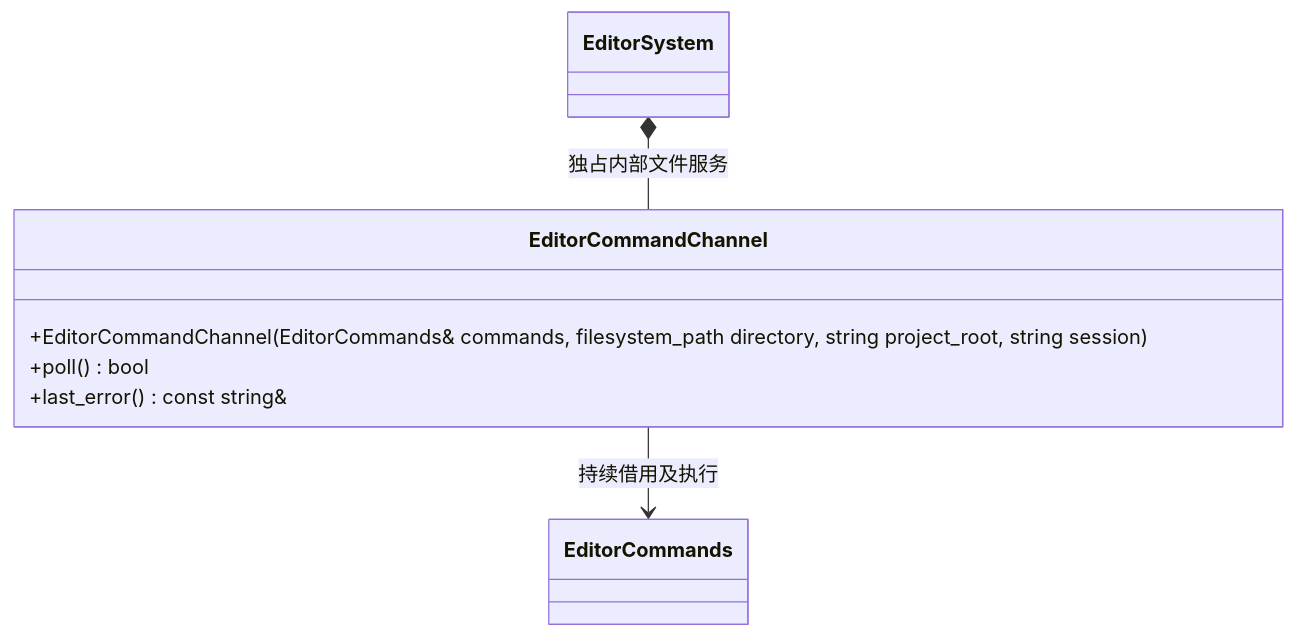
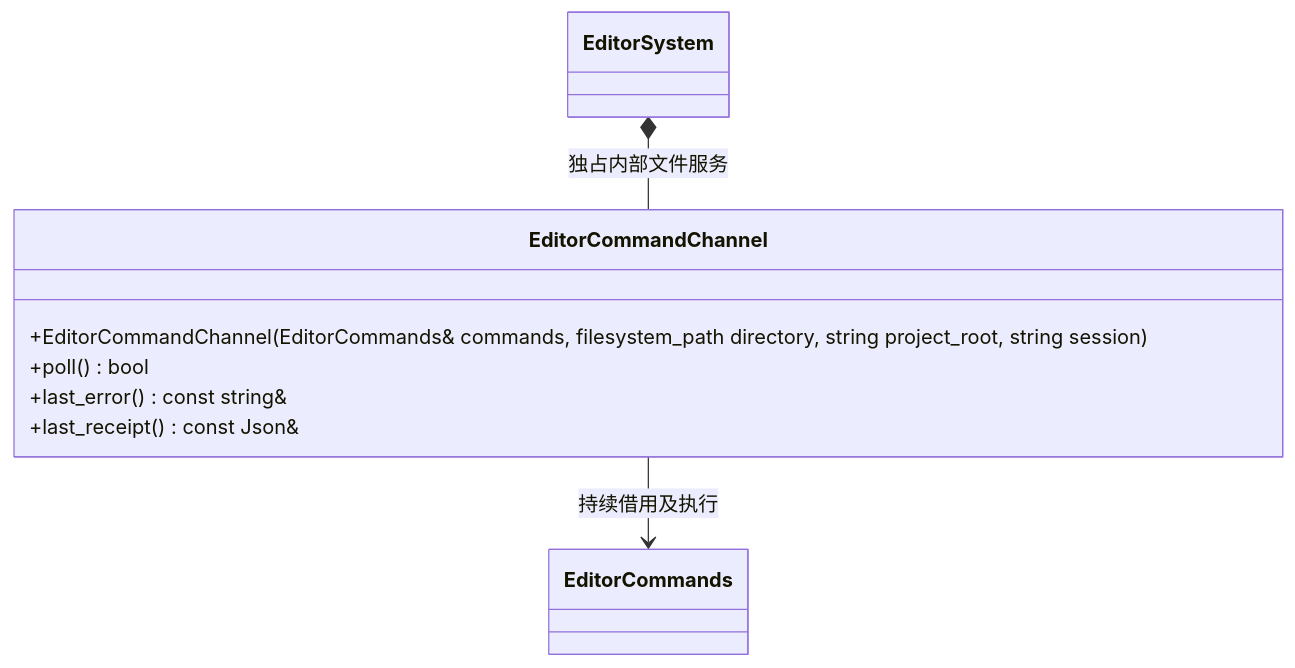
Before and after one commit to lcals/Engine: the second of 3 diagrams in docs/editor/class-diagrams/editor-commands.md, drawn with Mermaid. The commit also changed other lines of this file and 195 other files, not shown here.

````diff
--- a/docs/editor/class-diagrams/editor-commands.md
+++ b/docs/editor/class-diagrams/editor-commands.md
@@ -55,12 +55,13 @@
 ```mermaid
 classDiagram
     class EditorCommandChannel {
         +EditorCommandChannel(EditorCommands& commands, filesystem_path directory, string project_root, string session)
         +poll() bool
         +last_error() const string&
+        +last_receipt() const Json&
     }
     class EditorCommands
     class EditorSystem
     EditorSystem *-- EditorCommandChannel : 独占内部文件服务
     EditorCommandChannel --> EditorCommands : 持续借用及执行
 ```
````
